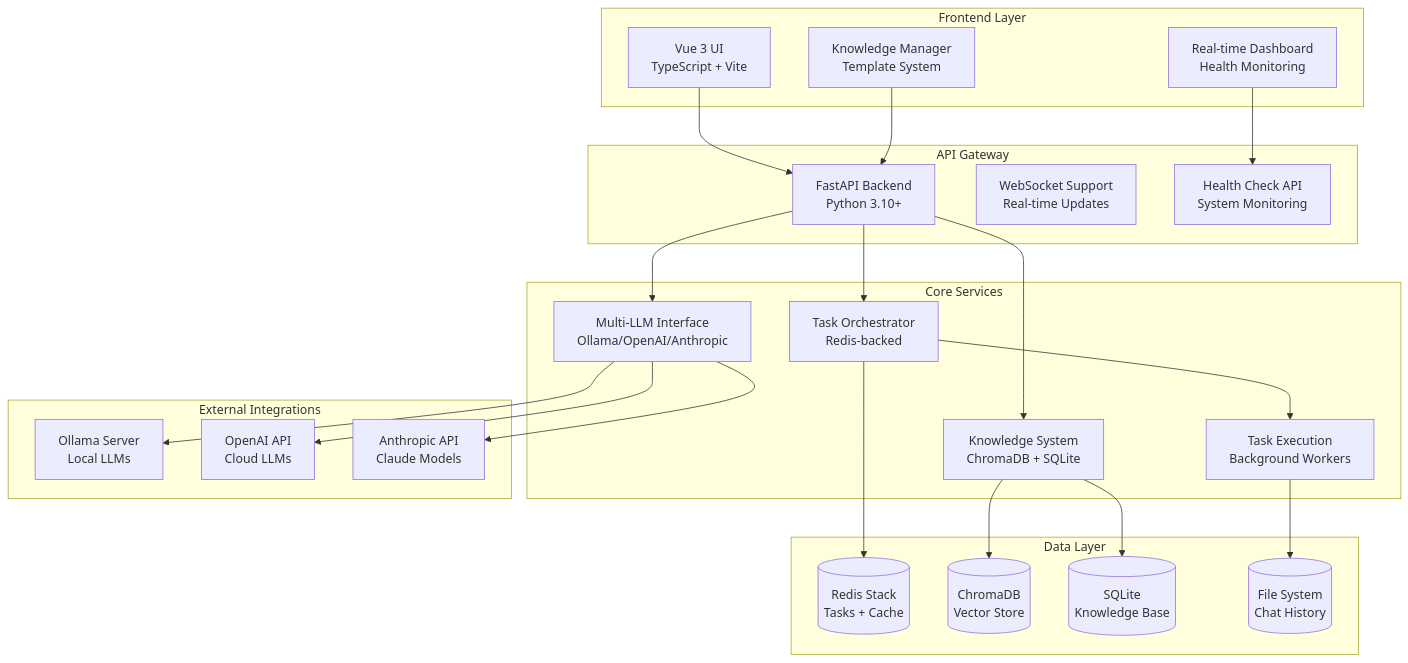
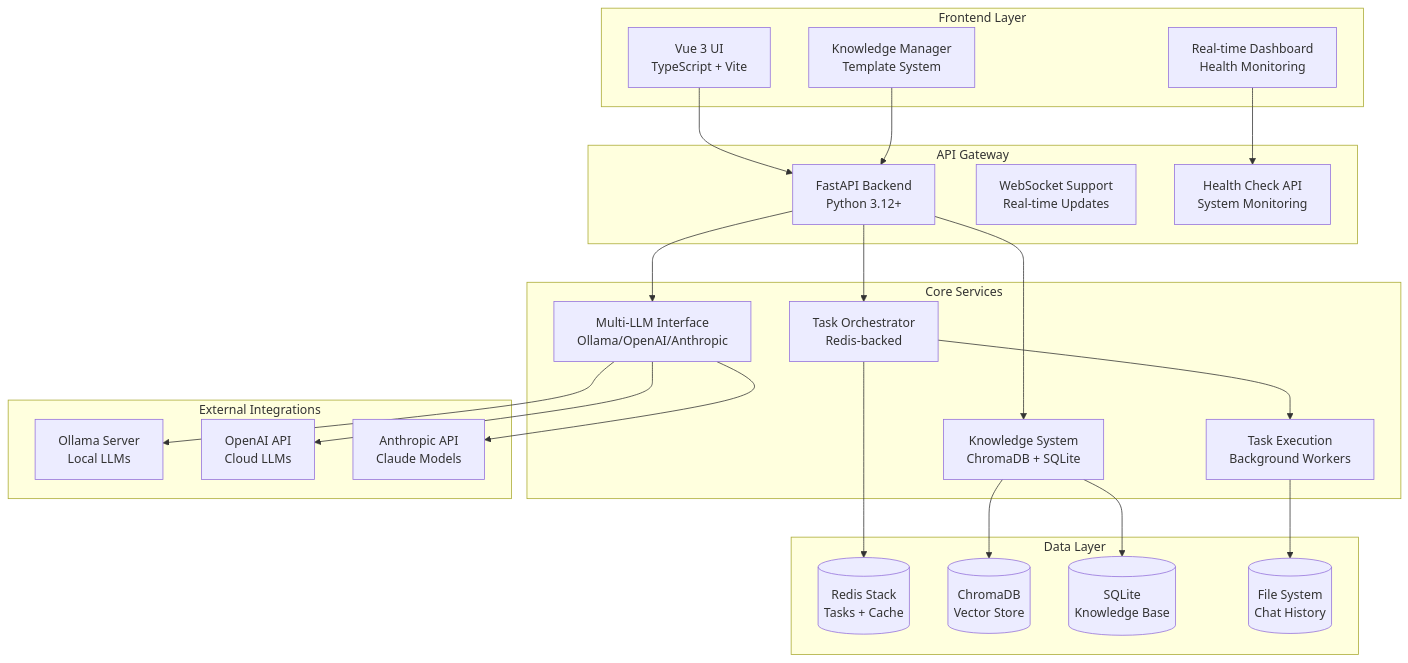
One commit to mrveiss/AutoBot-AI changed the first of 2 diagrams in docs/developer/01-architecture.md. Above: the diagram before and after it, drawn with Mermaid. The commit also changed 23 other files, not shown here.

````diff
--- a/docs/developer/01-architecture.md
+++ b/docs/developer/01-architecture.md
@@ -11,49 +11,49 @@
 ```mermaid
 graph TB
     subgraph "Frontend Layer"
         UI[Vue 3 UI<br/>TypeScript + Vite]
         Dashboard[Real-time Dashboard<br/>Health Monitoring]
         KnowledgeUI[Knowledge Manager<br/>Template System]
     end
 
     subgraph "API Gateway"
-        FastAPI[FastAPI Backend<br/>Python 3.10+]
+        FastAPI[FastAPI Backend<br/>Python 3.12+]
         WebSocket[WebSocket Support<br/>Real-time Updates]
         HealthAPI[Health Check API<br/>System Monitoring]
     end
 
     subgraph "Core Services"
         Orchestrator[Task Orchestrator<br/>Redis-backed]
         LLMInterface[Multi-LLM Interface<br/>Ollama/OpenAI/Anthropic]
         KnowledgeBase[Knowledge System<br/>ChromaDB + SQLite]
         WorkerNode[Task Execution<br/>Background Workers]
     end
 
     subgraph "Data Layer"
         Redis[(Redis Stack<br/>Tasks + Cache)]
         ChromaDB[(ChromaDB<br/>Vector Store)]
         SQLite[(SQLite<br/>Knowledge Base)]
         FileSystem[(File System<br/>Chat History)]
     end
 
     subgraph "External Integrations"
         Ollama[Ollama Server<br/>Local LLMs]
         OpenAI[OpenAI API<br/>Cloud LLMs]
         Anthropic[Anthropic API<br/>Claude Models]
     end
 
     UI --> FastAPI
     Dashboard --> HealthAPI
     KnowledgeUI --> FastAPI
     FastAPI --> Orchestrator
     FastAPI --> LLMInterface
     FastAPI --> KnowledgeBase
     Orchestrator --> WorkerNode
     Orchestrator --> Redis
     LLMInterface --> Ollama
     LLMInterface --> OpenAI
     LLMInterface --> Anthropic
     KnowledgeBase --> ChromaDB
     KnowledgeBase --> SQLite
     WorkerNode --> FileSystem
 ```
````
